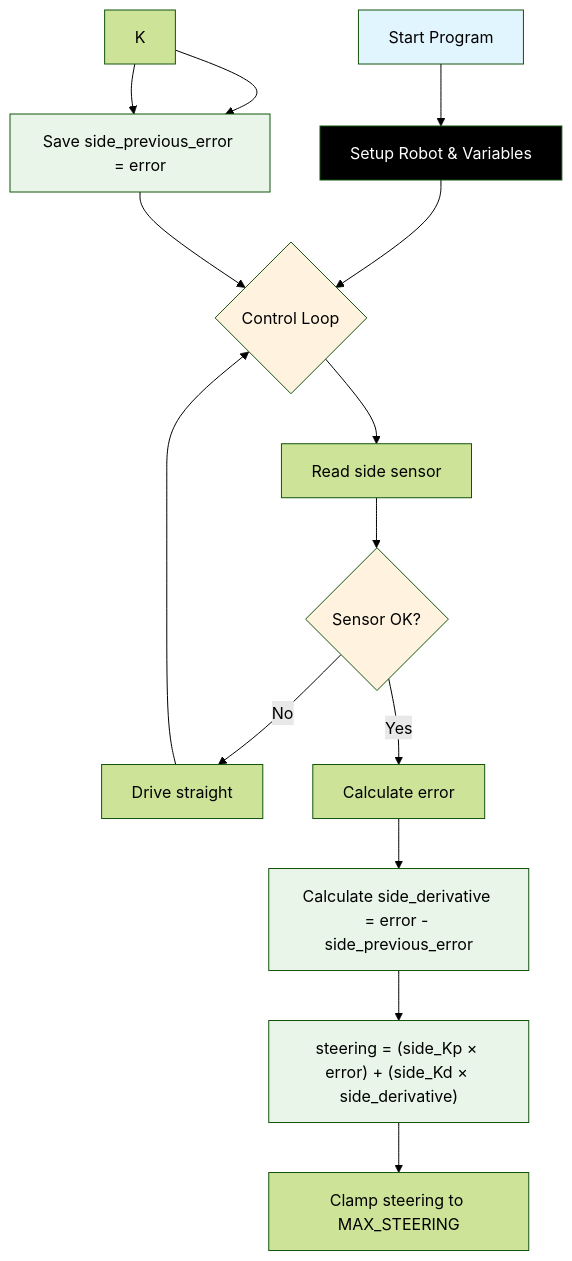
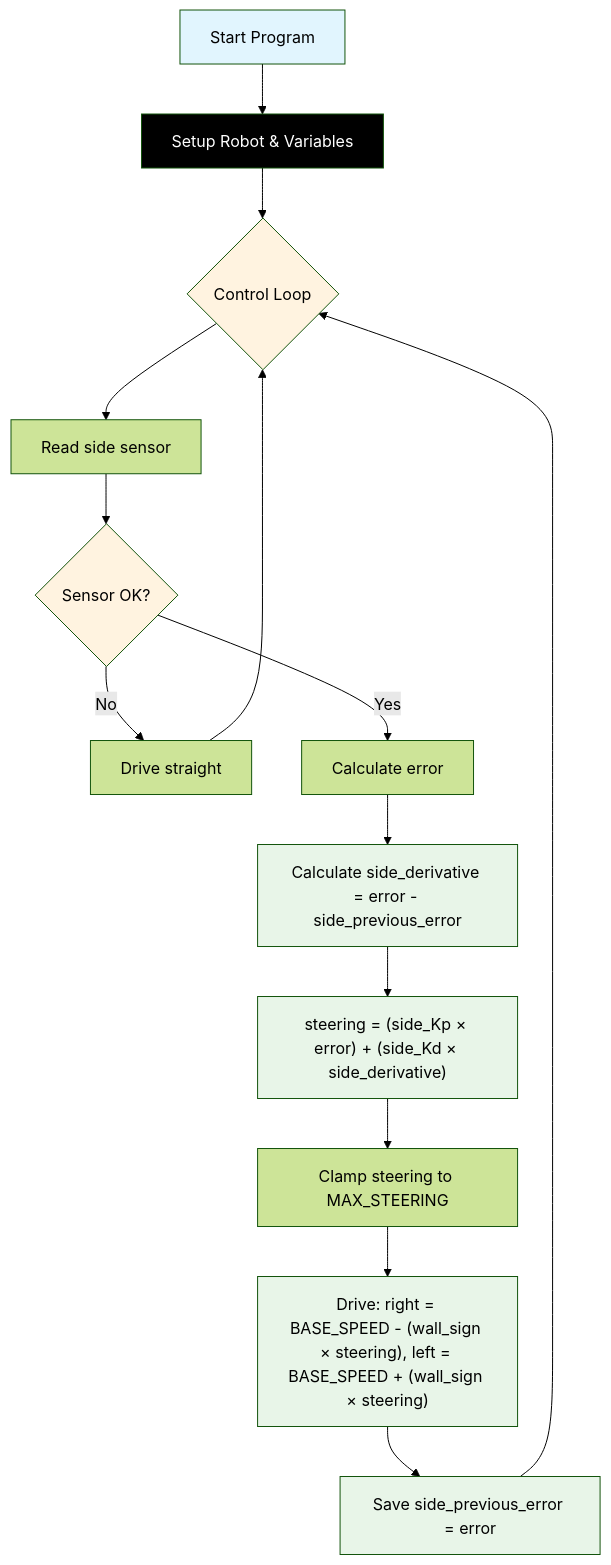
One commit to TempeHS/RP2040_Competition_Robot changed the diagram in docs/Challenge_2.md. Above: the diagram before and after it, drawn with Mermaid (forest theme). The commit also changed other lines of this file and 36 other files, not shown here.

````diff
--- a/docs/Challenge_2.md
+++ b/docs/Challenge_2.md
@@ -29,24 +29,25 @@
 ```mermaid
 flowchart TD
     A[Start Program] --> B[Setup Robot & Variables]
     B --> C{Control Loop}
     C --> D[Read side sensor]
     D --> E{Sensor OK?}
     E -- No --> F[Drive straight]
     F --> C
     E -- Yes --> G[Calculate error]
     G --> H["Calculate side_derivative = error - side_previous_error"]
     H --> I["steering = (side_Kp × error) + (side_Kd × side_derivative)"]
     I --> J[Clamp steering to MAX_STEERING]
-    K --> L["Drive: right = BASE_SPEED - (wall_sign × steering), left = BASE_SPEED + (wall_sign × steering)"]
+    J --> K["Drive: right = BASE_SPEED - (wall_sign × steering), left = BASE_SPEED + (wall_sign × steering)"]
     K --> L["Save side_previous_error = error"]
     L --> C
 
     style A fill:#e1f5fe,color:#000000
     style B fill:#000000,color:#ffffff
     style C fill:#fff3e0,color:#000000
     style E fill:#fff3e0,color:#000000
     style H fill:#e8f5e8,color:#000000
     style I fill:#e8f5e8,color:#000000
+    style K fill:#e8f5e8,color:#000000
     style L fill:#e8f5e8,color:#000000
 ```
````
